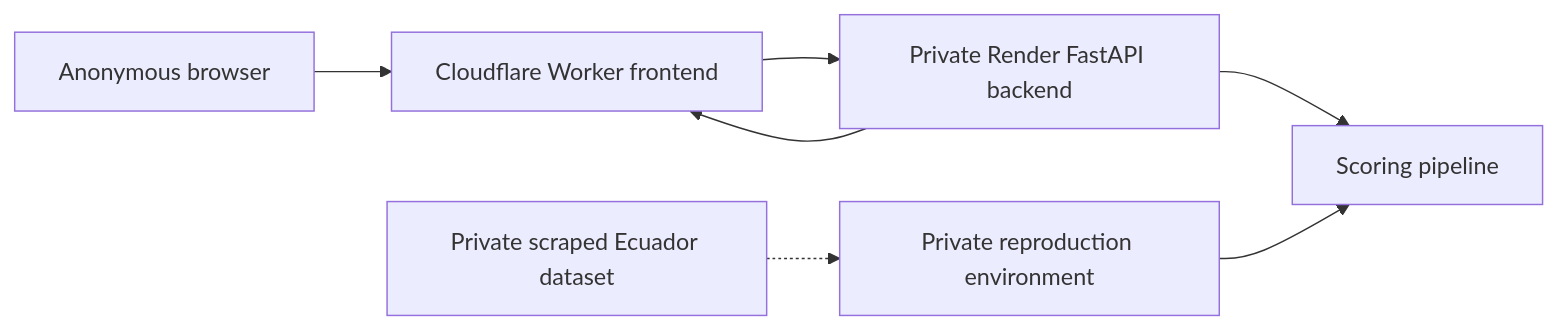
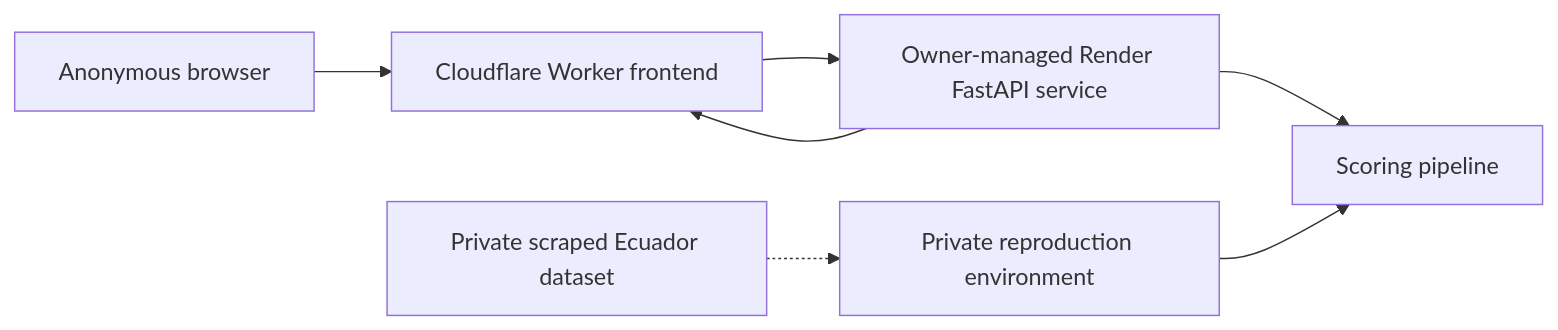
Before and after one commit to Sam-24-dev/ecuador-prioritizer: the diagram in docs/ARCHITECTURE.md, drawn with Mermaid. The commit also changed other lines of this file and 7 other files, not shown here.

````diff
--- a/docs/ARCHITECTURE.md
+++ b/docs/ARCHITECTURE.md
@@ -7,10 +7,10 @@
 ```mermaid
 flowchart LR
     U[Anonymous browser] --> W[Cloudflare Worker frontend]
-    W --> A[Private Render FastAPI backend]
+    W --> A[Owner-managed Render FastAPI service]
     A --> M[Scoring pipeline]
     A --> W
 
     D[Private scraped Ecuador dataset] -.-> R[Private reproduction environment]
     R --> M
 ```
````
